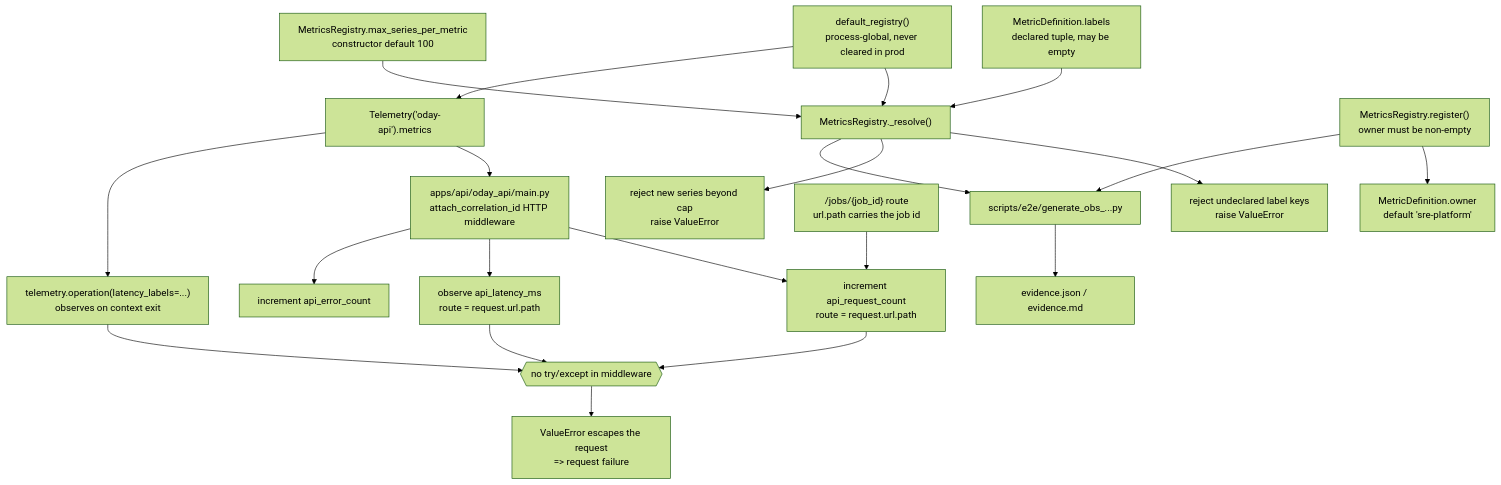
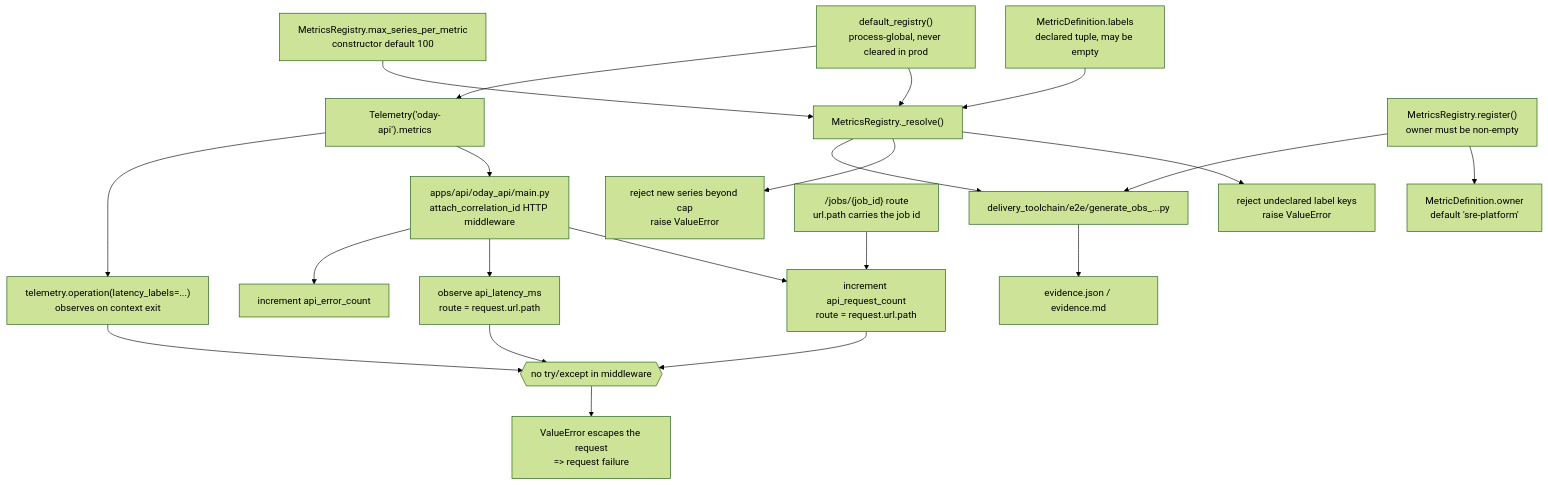
The diagram in support/sidecars/ODP-OBS-INSTRUMENTATION-AS-CODE-001/ODP-OBS-INSTRUMENTATION-AS-CODE-001-SIDECAR-ACCEPTANCE.md (alfloop-dev/odayplus), drawn with Mermaid (forest theme) before and after one commit. The commit also changed other lines of this file and 176 other files, not shown here.

````diff
--- a/support/sidecars/ODP-OBS-INSTRUMENTATION-AS-CODE-001/ODP-OBS-INSTRUMENTATION-AS-CODE-001-SIDECAR-ACCEPTANCE.md
+++ b/support/sidecars/ODP-OBS-INSTRUMENTATION-AS-CODE-001/ODP-OBS-INSTRUMENTATION-AS-CODE-001-SIDECAR-ACCEPTANCE.md
@@ -67,23 +67,23 @@
 ```mermaid
 flowchart TD
     D["MetricDefinition.labels<br/>declared tuple, may be empty"] --> R["MetricsRegistry._resolve()"]
     M["MetricsRegistry.max_series_per_metric<br/>constructor default 100"] --> R
     R --> V1["reject undeclared label keys<br/>raise ValueError"]
     R --> V2["reject new series beyond cap<br/>raise ValueError"]
     G["default_registry()<br/>process-global, never cleared in prod"] --> R
     G --> T["Telemetry('oday-api').metrics"]
     T --> MW["apps/api/oday_api/main.py<br/>attach_correlation_id HTTP middleware"]
     MW --> L1["increment api_request_count<br/>route = request.url.path"]
     MW --> L2["observe api_latency_ms<br/>route = request.url.path"]
     MW --> L3["increment api_error_count"]
     T --> OP["telemetry.operation(latency_labels=...)<br/>observes on context exit"]
     L1 --> X{{"no try/except in middleware"}}
     L2 --> X
     OP --> X
     X --> F["ValueError escapes the request<br/>=> request failure"]
     RT["/jobs/{job_id} route<br/>url.path carries the job id"] --> L1
     REG["MetricsRegistry.register()<br/>owner must be non-empty"] --> OWN["MetricDefinition.owner<br/>default 'sre-platform'"]
-    GEN["scripts/e2e/generate_obs_...py"] --> EV["evidence.json / evidence.md"]
+    GEN["delivery_toolchain/e2e/generate_obs_...py"] --> EV["evidence.json / evidence.md"]
     REG --> GEN
     R --> GEN
 ```
````
